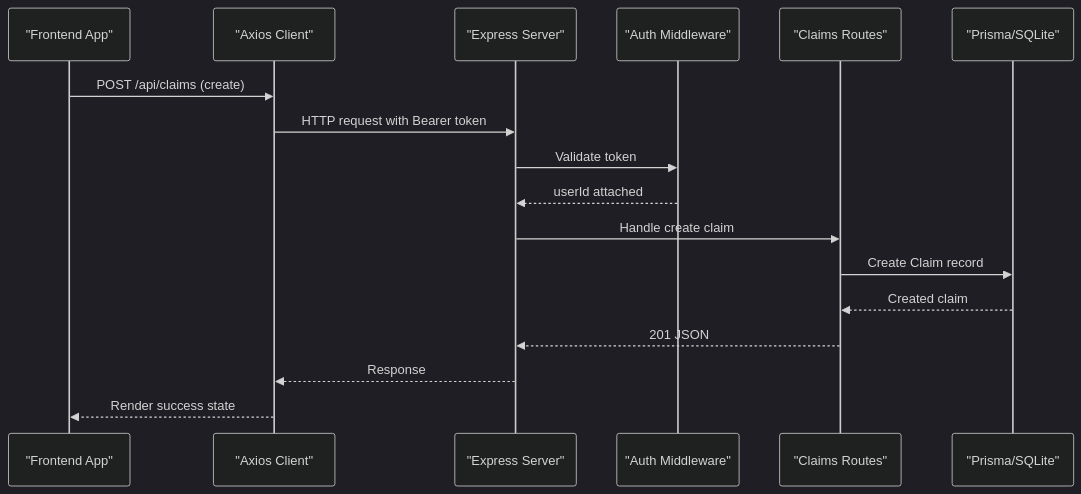
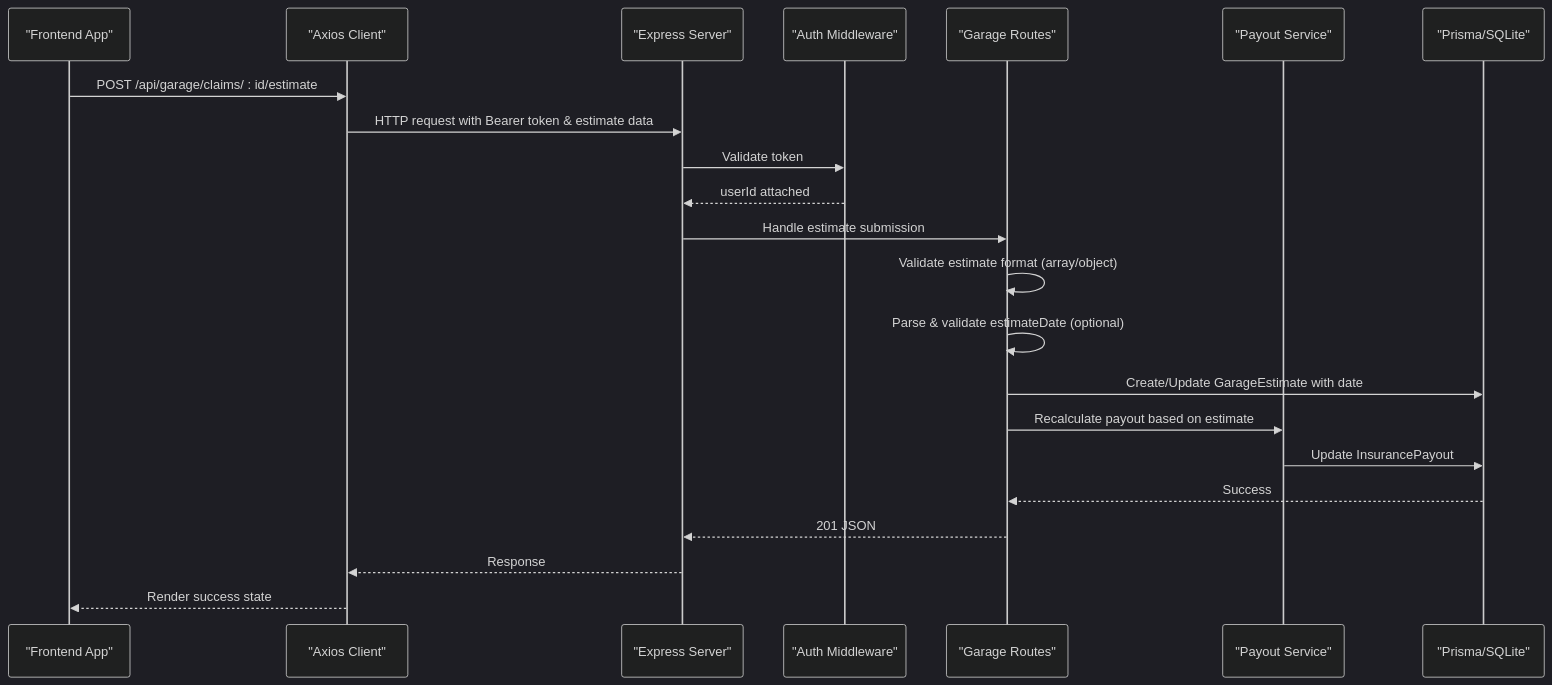
The second of 10 diagrams in .qoder/repowiki/en/content/Backend Documentation/Garage Management System.md (NaveenHiranya/Smart-Vehicle-Insurance-Claim-System), drawn with Mermaid (dark theme) before and after one commit. The commit also changed other lines of this file and 38 other files, not shown here.

Commit message:
update: Estimate (garage) added days changing

````diff
--- a/.qoder/repowiki/en/content/Backend Documentation/Garage Management System.md
+++ b/.qoder/repowiki/en/content/Backend Documentation/Garage Management System.md
@@ -107,19 +127,24 @@
 ```mermaid
 sequenceDiagram
 participant FE as "Frontend App"
 participant API as "Axios Client"
 participant BE as "Express Server"
 participant MW as "Auth Middleware"
-participant RT as "Claims Routes"
+participant RT as "Garage Routes"
+participant SVC as "Payout Service"
 participant DB as "Prisma/SQLite"
-FE->>API : POST /api/claims (create)
-API->>BE : HTTP request with Bearer token
+FE->>API : POST /api/garage/claims/ : id/estimate
+API->>BE : HTTP request with Bearer token & estimate data
 BE->>MW : Validate token
 MW-->>BE : userId attached
-BE->>RT : Handle create claim
-RT->>DB : Create Claim record
-DB-->>RT : Created claim
+BE->>RT : Handle estimate submission
+RT->>RT : Validate estimate format (array/object)
+RT->>RT : Parse & validate estimateDate (optional)
+RT->>DB : Create/Update GarageEstimate with date
+RT->>SVC : Recalculate payout based on estimate
+SVC->>DB : Update InsurancePayout
+DB-->>RT : Success
 RT-->>BE : 201 JSON
 BE-->>API : Response
 API-->>FE : Render success state
 ```
````
